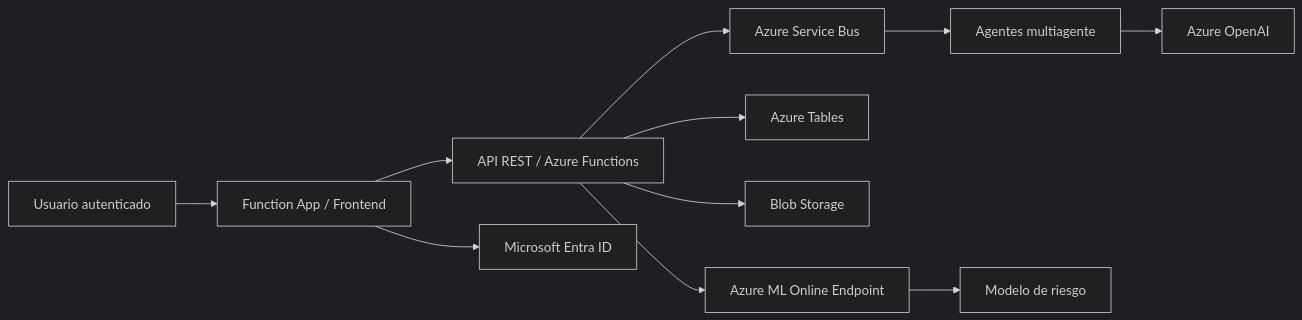
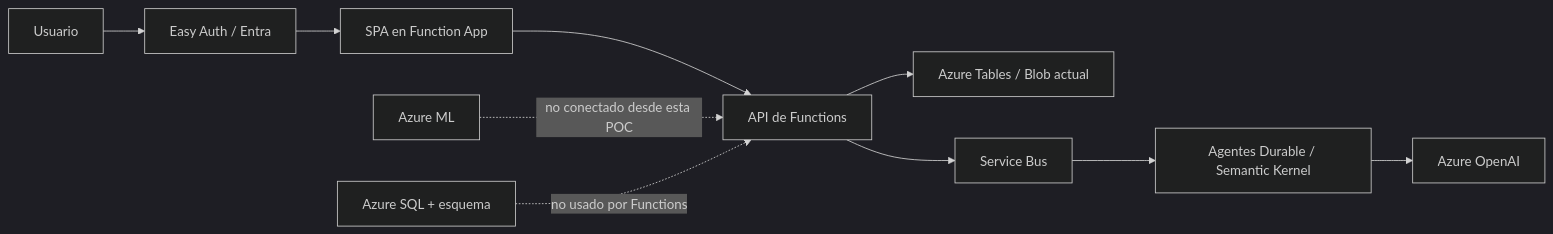
One commit to Wizar-Cyber/FUMC_Analytic-Core changed the diagram in docs/Azure-Integration-and-Shutdown-Guide.md. Above: the diagram before and after it, drawn with Mermaid (dark theme). The commit also changed other lines of this file and 74 other files, not shown here.

````diff
--- a/docs/Azure-Integration-and-Shutdown-Guide.md
+++ b/docs/Azure-Integration-and-Shutdown-Guide.md
@@ -19,13 +24,12 @@
 ```mermaid
 flowchart LR
-    U[Usuario autenticado] --> SPA[Function App / Frontend]
-    SPA --> API[API REST / Azure Functions]
-    API --> AML[Azure ML Online Endpoint]
-    API --> T[Azure Tables]
-    API --> B[Blob Storage]
-    API --> SB[Azure Service Bus]
-    SB --> AG[Agentes multiagente]
-    AG --> OAI[Azure OpenAI]
-    AML --> M[Modelo de riesgo]
-    SPA --> E[Microsoft Entra ID]
+    U[Usuario] --> EA[Easy Auth / Entra]
+    EA --> SPA[SPA en Function App]
+    SPA --> API[API de Functions]
+    API --> T[Azure Tables / Blob actual]
+    API --> SB[Service Bus]
+    SB --> AG[Agentes Durable / Semantic Kernel]
+    AG --> AOAI[Azure OpenAI]
+    AML[Azure ML] -. no conectado desde esta POC .-> API
+    SQL[Azure SQL + esquema] -. no usado por Functions .-> API
 ```
````
